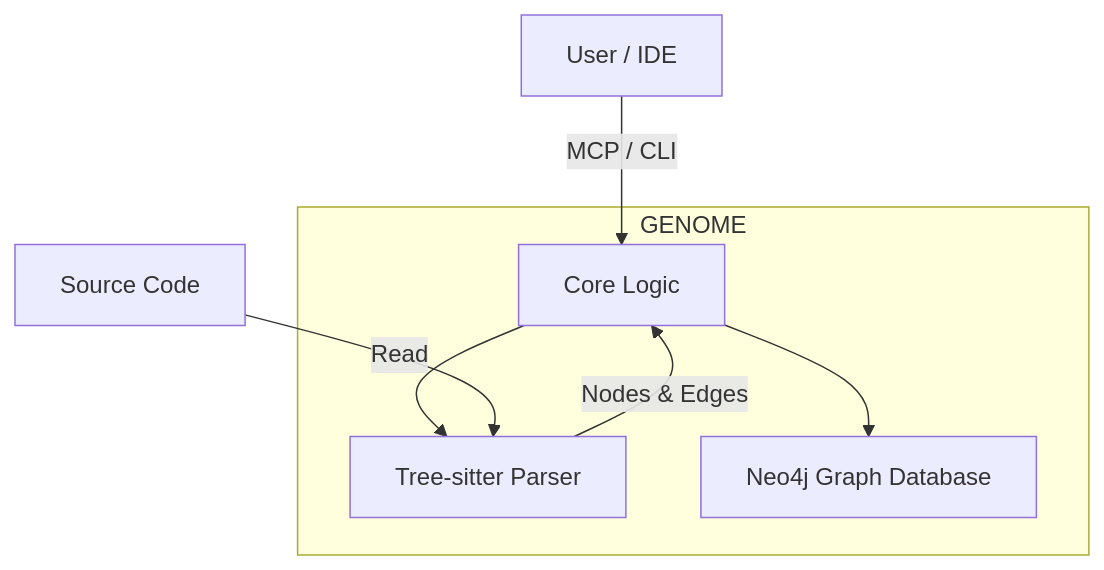
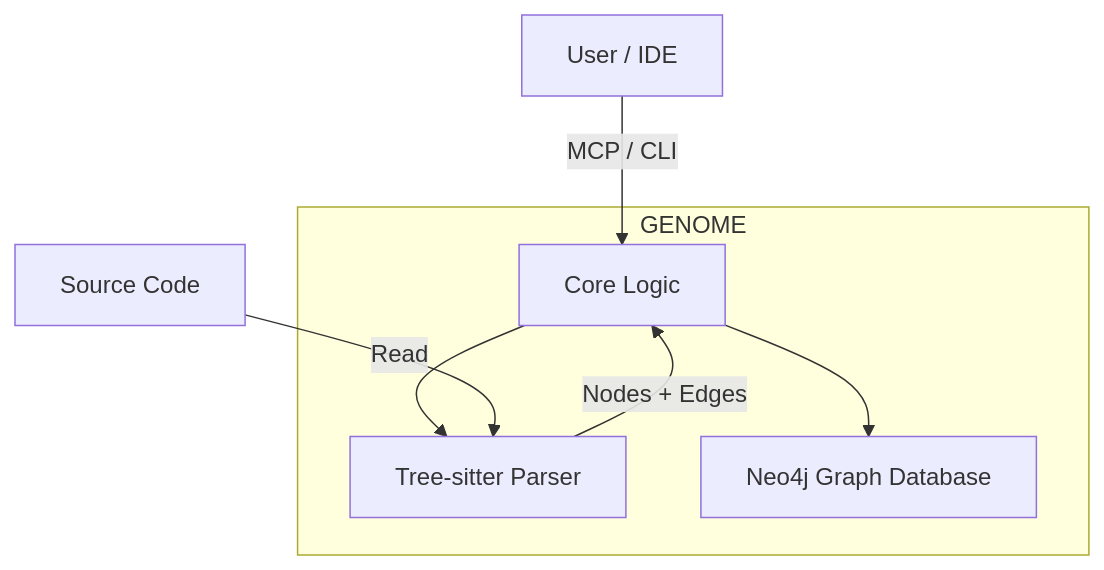
The diagram in documentations/technical/OVERVIEW.md (willFreed1/nomik), drawn with Mermaid before and after one commit. The commit also changed other lines of this file and 13 other files, not shown here.

````diff
--- a/documentations/technical/OVERVIEW.md
+++ b/documentations/technical/OVERVIEW.md
@@ -10,14 +9,14 @@
 ```mermaid
 graph TD
     User[User / IDE] -->|MCP / CLI| Core
     subgraph GENOME
         Core[Core Logic]
         Parser[Tree-sitter Parser]
         Graph[Neo4j Graph Database]
         
         Core --> Parser
         Core --> Graph
-        Parser -->|Nodes & Edges| Core
+        Parser -->|Nodes + Edges| Core
     end
     Source[Source Code] -->|Read| Parser
 ```
````
